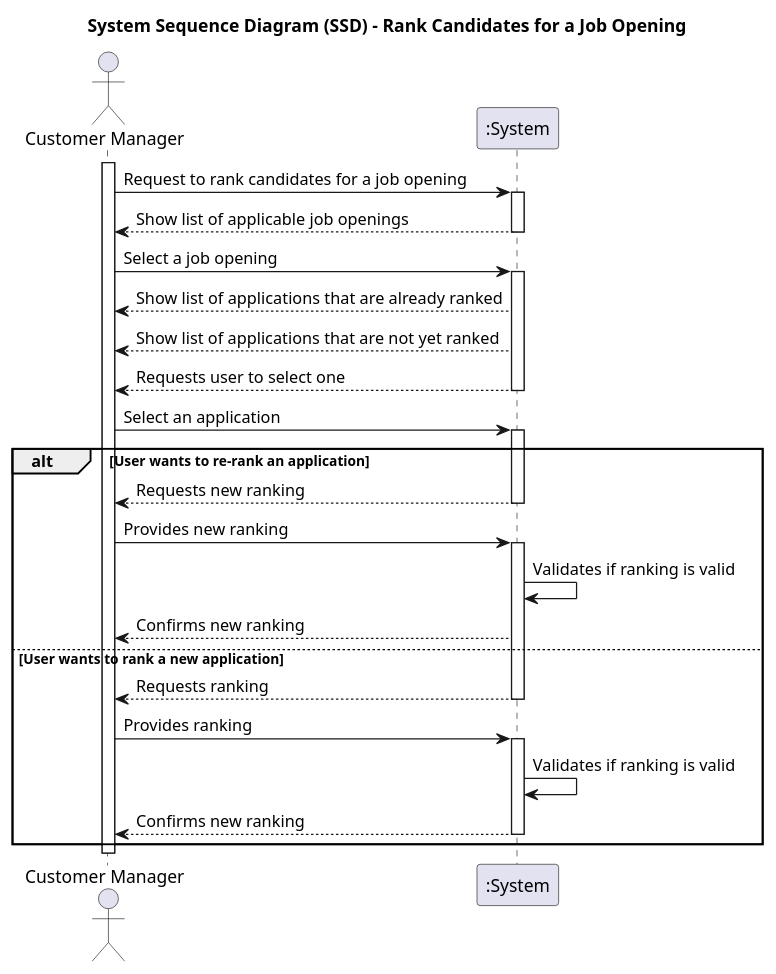
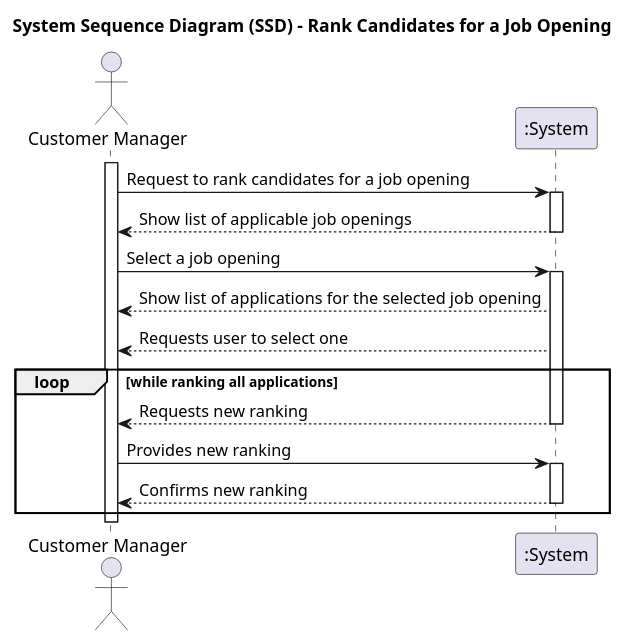
Before and after one commit to marcoferreira37/Lapr4: the diagram in docs/sprintC/1013/1013-system-sequence-diagram.puml, drawn with PlantUML. The commit also changed 1 other file, not shown here.

```diff
--- a/docs/sprintC/1013/1013-system-sequence-diagram.puml
+++ b/docs/sprintC/1013/1013-system-sequence-diagram.puml
@@ -1,50 +1,38 @@
 @startuml
 'skinparam monochrome true
 'skinparam packageStyle rectangle
 'skinparam shadowing false
 
 title System Sequence Diagram (SSD) - Rank Candidates for a Job Opening
 
 actor "Customer Manager" as Agent
 participant ":System" as System
 
 activate Agent
 
 Agent -> System : Request to rank candidates for a job opening
 activate System
 System --> Agent: Show list of applicable job openings
 deactivate
 
 Agent -> System : Select a job opening
 activate System
-System --> Agent : Show list of applications that are already ranked
-System --> Agent : Show list of applications that are not yet ranked
+System --> Agent : Show list of applications for the selected job opening
 System --> Agent : Requests user to select one
-deactivate
 
-Agent -> System : Select an application
-activate System
 
-alt User wants to re-rank an application
+
+loop while ranking all applications
+
 System --> Agent : Requests new ranking
 deactivate
 Agent -> System : Provides new ranking
 activate System
-System -> System : Validates if ranking is valid
 System --> Agent  : Confirms new ranking
+deactivate System
 
-
-else User wants to rank a new application
-
-System --> Agent : Requests ranking
-deactivate
-Agent -> System : Provides ranking
-activate System
-System -> System : Validates if ranking is valid
-System --> Agent  : Confirms new ranking
-deactivate
-end alt
+end loop
 
 deactivate Agent
 
 @enduml
```
